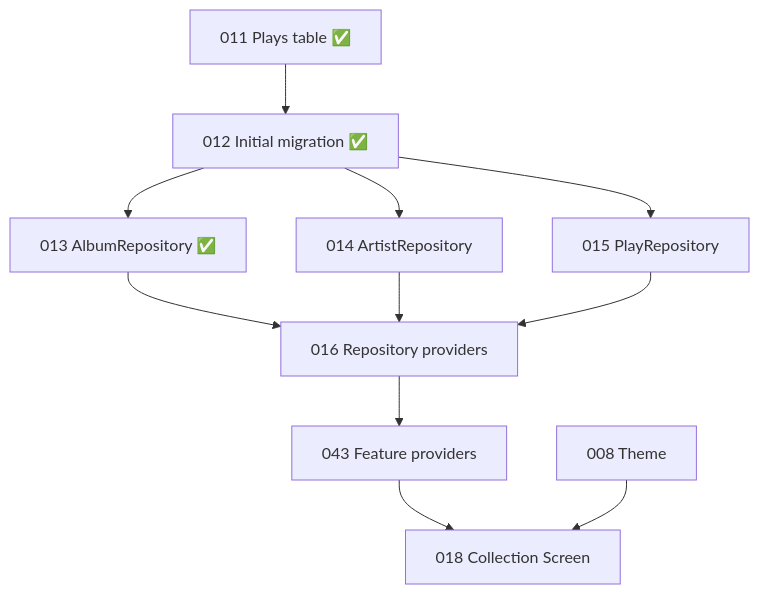
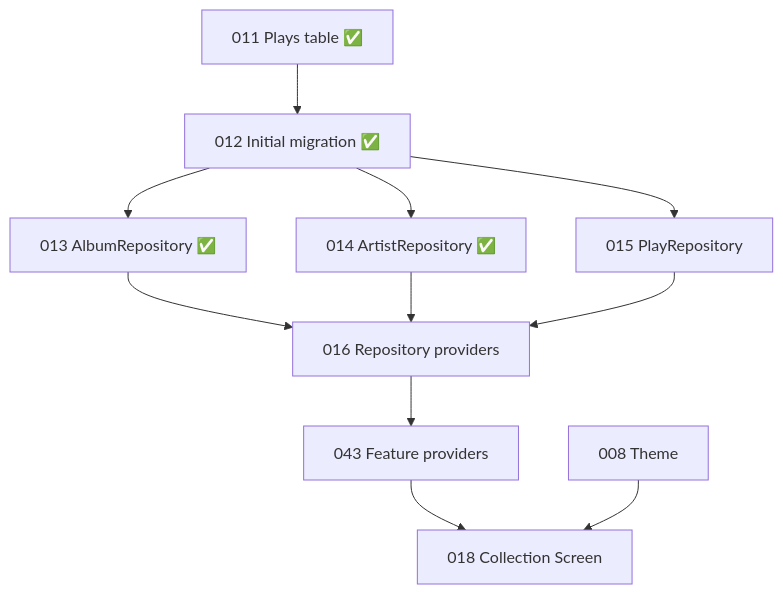
The diagram in docs/implementation-status.md (hunter-goller/Groovefolio), drawn with Mermaid before and after one commit. The commit also changed other lines of this file and 17 other files, not shown here.

First line of the commit message:
VinylApp-014: ArtistRepository (#22)

````diff
--- a/docs/implementation-status.md
+++ b/docs/implementation-status.md
@@ -107,23 +115,23 @@
 ```mermaid
 flowchart TD
     P11[011 Plays table ✅]
     P12[012 Initial migration ✅]
     P13[013 AlbumRepository ✅]
-    P14[014 ArtistRepository]
+    P14[014 ArtistRepository ✅]
     P15[015 PlayRepository]
     P16[016 Repository providers]
     P43[043 Feature providers]
     P08[008 Theme]
     P18[018 Collection Screen]
 
     P11 --> P12
     P12 --> P13
     P12 --> P14
     P12 --> P15
     P13 --> P16
     P14 --> P16
     P15 --> P16
     P16 --> P43
     P43 --> P18
     P08 --> P18
 ```
````
